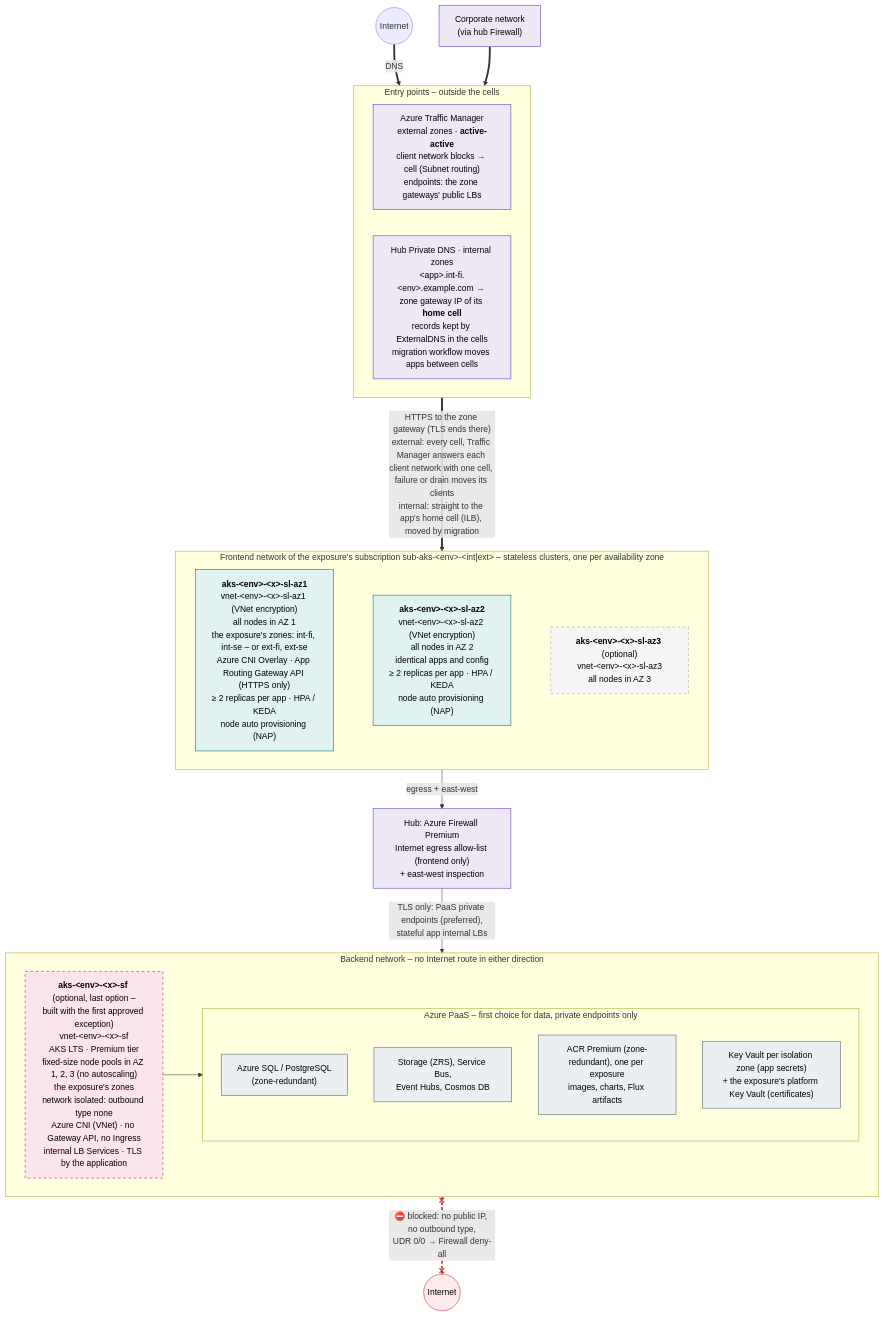
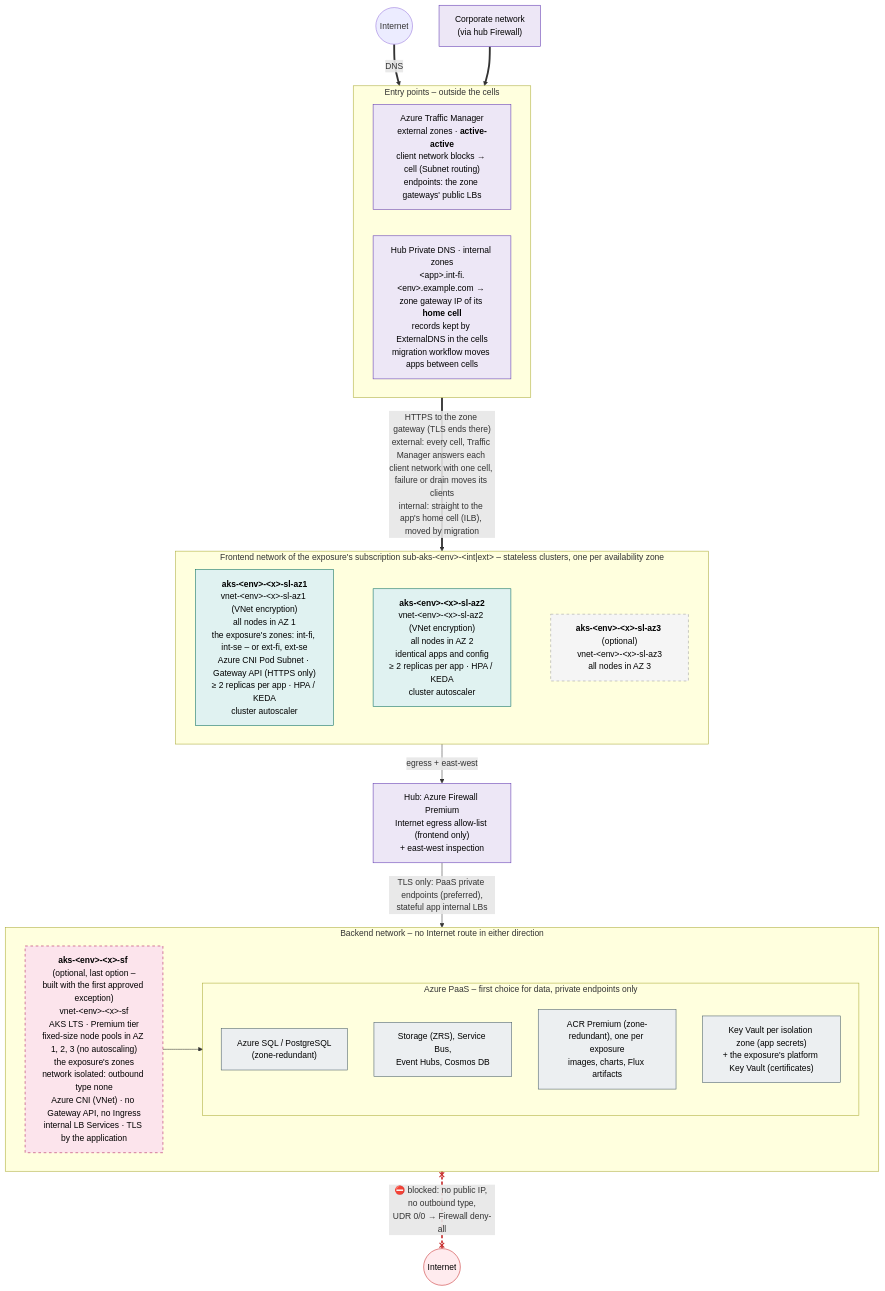
The diagram in diagrams/3.1-cluster-topology.mmd (onek8s/onek8s.github.io), drawn with Mermaid before and after one commit. The commit also changed 56 other files, not shown here.

First line of the commit message:
Design v2.0: one cell network (pod subnet), no AKS Automatic, one lab cell (#97)

```diff
--- a/diagrams/3.1-cluster-topology.mmd
+++ b/diagrams/3.1-cluster-topology.mmd
@@ -1,59 +1,59 @@
 %% Cluster topology of ONE environment and ONE exposure (dev, acc and prd are identical; the internal and the
 %% external exposure are the same picture, each in its own subscription - D52): zonal stateless clusters in the
 %% frontend network, an optional zone-redundant stateful cluster in the backend network next to the Azure PaaS services.
 flowchart TB
     internet(("Internet"))
     corp["Corporate network<br/>(via hub Firewall)"]
 
     subgraph EDGE["Entry points – outside the cells"]
         direction LR
         waf["Azure Traffic Manager<br/>external zones · <b>active-active</b><br/>client network blocks → cell (Subnet routing)<br/>endpoints: the zone gateways' public LBs"]
         agw_in["Hub Private DNS · internal zones<br/>&lt;app&gt;.int-fi.&lt;env&gt;.example.com → zone gateway IP of its <b>home cell</b><br/>records kept by ExternalDNS in the cells<br/>migration workflow moves apps between cells"]
     end
 
     subgraph FRONT["Frontend network of the exposure's subscription sub-aks-&lt;env&gt;-&lt;int|ext&gt; – stateless clusters, one per availability zone"]
         direction LR
-        sl1["<b>aks-&lt;env&gt;-&lt;x&gt;-sl-az1</b><br/>vnet-&lt;env&gt;-&lt;x&gt;-sl-az1 (VNet encryption)<br/>all nodes in AZ 1<br/>the exposure's zones: int-fi, int-se – or ext-fi, ext-se<br/>Azure CNI Overlay · App Routing Gateway API (HTTPS only)<br/>≥ 2 replicas per app · HPA / KEDA<br/>node auto provisioning (NAP)"]
-        sl2["<b>aks-&lt;env&gt;-&lt;x&gt;-sl-az2</b><br/>vnet-&lt;env&gt;-&lt;x&gt;-sl-az2 (VNet encryption)<br/>all nodes in AZ 2<br/>identical apps and config<br/>≥ 2 replicas per app · HPA / KEDA<br/>node auto provisioning (NAP)"]
+        sl1["<b>aks-&lt;env&gt;-&lt;x&gt;-sl-az1</b><br/>vnet-&lt;env&gt;-&lt;x&gt;-sl-az1 (VNet encryption)<br/>all nodes in AZ 1<br/>the exposure's zones: int-fi, int-se – or ext-fi, ext-se<br/>Azure CNI Pod Subnet · Gateway API (HTTPS only)<br/>≥ 2 replicas per app · HPA / KEDA<br/>cluster autoscaler"]
+        sl2["<b>aks-&lt;env&gt;-&lt;x&gt;-sl-az2</b><br/>vnet-&lt;env&gt;-&lt;x&gt;-sl-az2 (VNet encryption)<br/>all nodes in AZ 2<br/>identical apps and config<br/>≥ 2 replicas per app · HPA / KEDA<br/>cluster autoscaler"]
         sl3["<b>aks-&lt;env&gt;-&lt;x&gt;-sl-az3</b> (optional)<br/>vnet-&lt;env&gt;-&lt;x&gt;-sl-az3<br/>all nodes in AZ 3"]
         sl1 ~~~ sl2 ~~~ sl3
     end
 
     fw["Hub: Azure Firewall Premium<br/>Internet egress allow-list (frontend only)<br/>+ east-west inspection"]
 
     subgraph BACK["Backend network – no Internet route in either direction"]
         direction LR
         sf["<b>aks-&lt;env&gt;-&lt;x&gt;-sf</b> (optional, last option –<br/>built with the first approved exception)<br/>vnet-&lt;env&gt;-&lt;x&gt;-sf<br/>AKS LTS · Premium tier<br/>fixed-size node pools in AZ 1, 2, 3 (no autoscaling)<br/>the exposure's zones<br/>network isolated: outbound type none<br/>Azure CNI (VNet) · no Gateway API, no Ingress<br/>internal LB Services · TLS by the application"]
         subgraph PAAS["Azure PaaS – first choice for data, private endpoints only"]
             direction TB
             db["Azure SQL / PostgreSQL<br/>(zone-redundant)"]
             st["Storage (ZRS), Service Bus,<br/>Event Hubs, Cosmos DB"]
             acr["ACR Premium (zone-redundant), one per exposure<br/>images, charts, Flux artifacts"]
             kv["Key Vault per isolation zone (app secrets)<br/>+ the exposure's platform Key Vault (certificates)"]
         end
     end
 
     blocked(("Internet"))
 
     internet ==>|"DNS"| waf
     corp ==> agw_in
     EDGE ==>|"HTTPS to the zone gateway (TLS ends there)<br/>external: every cell, Traffic Manager answers each client network with one cell, failure or drain moves its clients<br/>internal: straight to the app's home cell (ILB), moved by migration"| FRONT
     FRONT -->|"egress + east-west"| fw
     fw -->|"TLS only: PaaS private endpoints (preferred),<br/>stateful app internal LBs"| BACK
     sf --> PAAS
     BACK x-.-x|"⛔ blocked: no public IP, no outbound type,<br/>UDR 0/0 → Firewall deny-all"| blocked
 
     linkStyle 8 stroke:#c62828,stroke-width:3px,stroke-dasharray:6 4
 
     classDef hub fill:#ede7f6,stroke:#5e35b1,color:#000
     classDef sl fill:#e0f2f1,stroke:#00695c,color:#000
     classDef sf fill:#fce4ec,stroke:#ad1457,color:#000,stroke-dasharray: 5 5
     classDef paas fill:#eceff1,stroke:#455a64,color:#000
     classDef opt fill:#f5f5f5,stroke:#9e9e9e,color:#000,stroke-dasharray: 5 5
     classDef off fill:#ffebee,stroke:#c62828,color:#000
     class fw,waf,agw_in,corp hub
     class sl1,sl2 sl
     class sl3 opt
     class sf sf
     class db,st,acr,kv paas
     class blocked off
```
